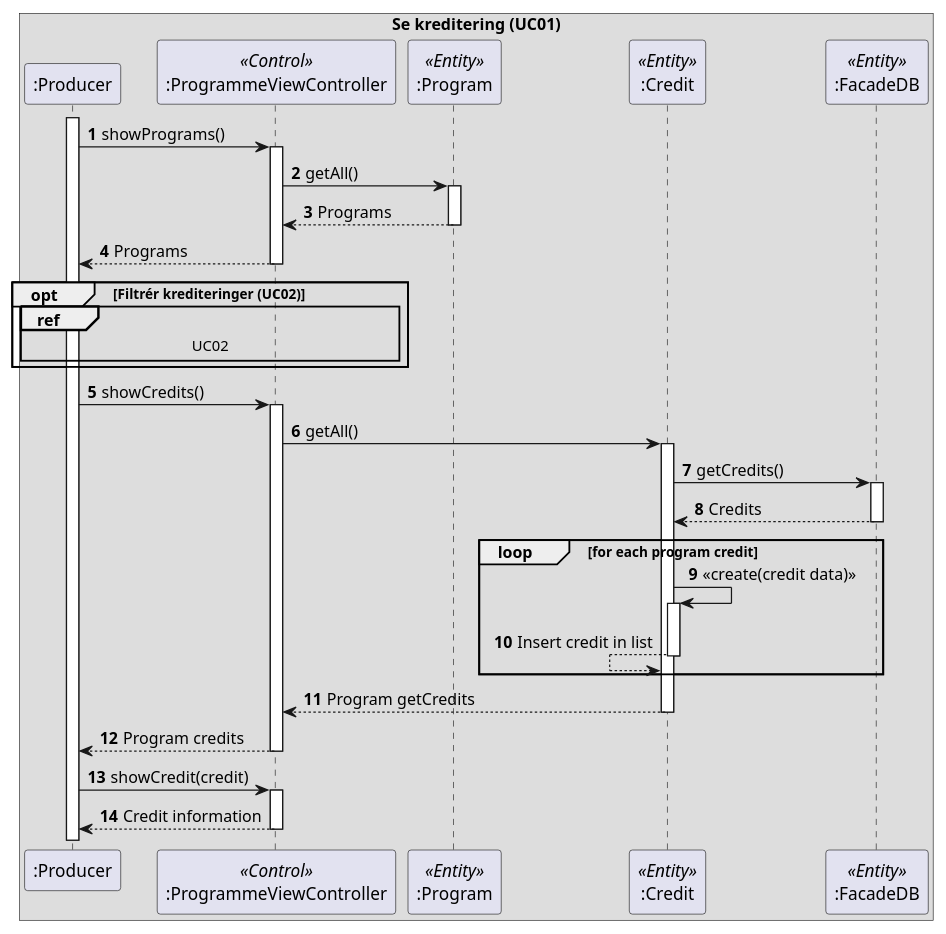
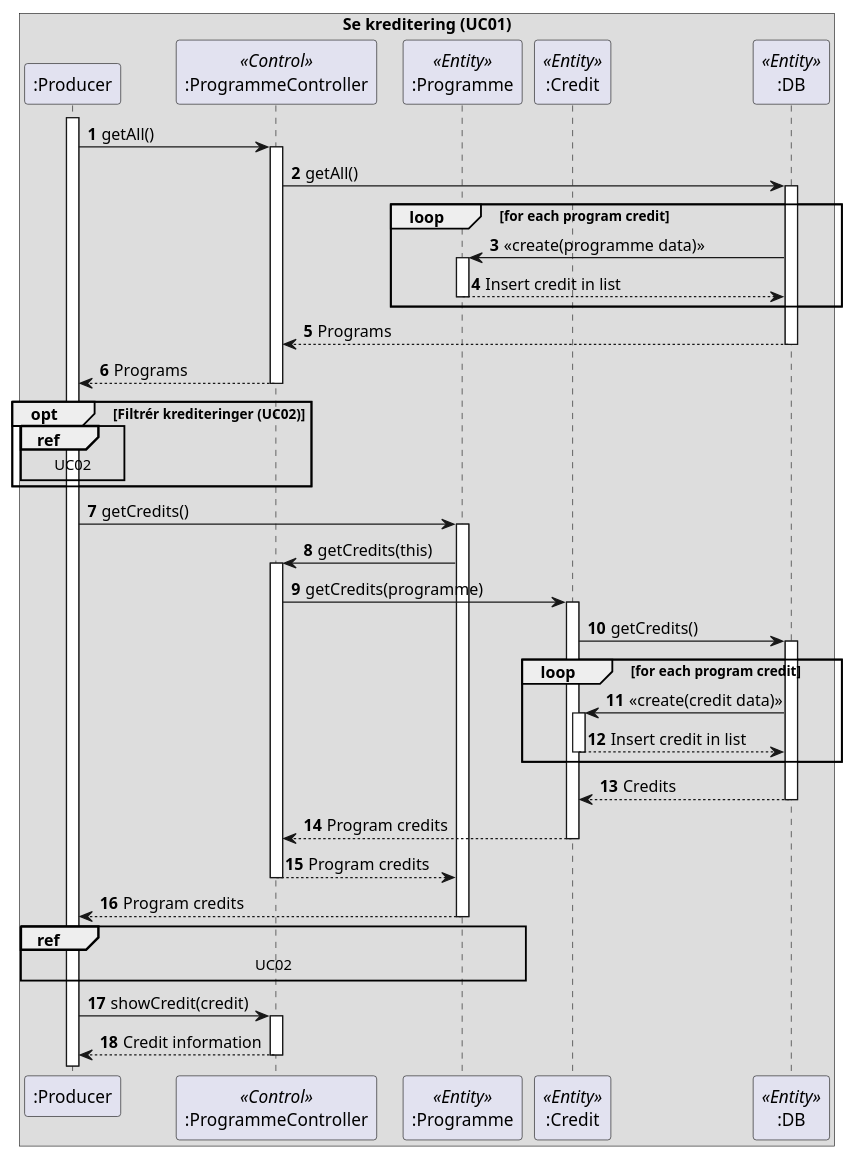
Before and after one commit to amatzen/SE02-SE-G02-SPRO: the diagram in uml/sequence_diagrams/operation/UC01_show_credit.puml, drawn with PlantUML. The commit also changed 6 other files, not shown here.

Commit message:
Make database filter credits for programme

```diff
--- a/uml/sequence_diagrams/operation/UC01_show_credit.puml
+++ b/uml/sequence_diagrams/operation/UC01_show_credit.puml
@@ -1,56 +1,73 @@
 @startuml
 'https://plantuml.com/sequence-diagram
 
 autonumber
 
 box Se kreditering (UC01)
     participant ":Producer" as producer
-    participant ":ProgrammeViewController" as programController <<Control>>
-    participant ":Program" as program <<Entity>>
+    participant ":ProgrammeController" as programController <<Control>>
+    participant ":Programme" as program <<Entity>>
     participant ":Credit" as credit <<Entity>>
-    participant ":FacadeDB" as db <<Entity>>
+    participant ":DB" as db <<Entity>>
 end box
 
 activate producer
-producer -> programController : showPrograms()
+producer -> programController : getAll()
 activate programController
-programController -> program : getAll()
+programController -> db : getAll()
+activate db
+
+loop for each program credit
+db -> program : <<create(programme data)>>
 activate program
-programController <-- program : Programs
+db <-- program : Insert credit in list
 deactivate program
+end
+
+programController <-- db : Programs
+deactivate db
 producer <-- programController : Programs
 deactivate programController
 
 opt Filtrér krediteringer (UC02)
-    ref over producer, programController : UC02
+    ref over producer : UC02
 end
 
-producer -> programController : showCredits()
+producer -> program: getCredits()
+activate program
+program -> programController : getCredits(this)
 activate programController
-programController -> credit : getAll()
+programController -> credit : getCredits(programme)
 activate credit
 
 credit -> db : getCredits()
 activate db
+
+loop for each program credit
+db -> credit : <<create(credit data)>>
+activate credit
+db <-- credit : Insert credit in list
+deactivate credit
+end
+
 credit <-- db : Credits
 deactivate db
 
-loop for each program credit
-credit -> credit : <<create(credit data)>>
-activate credit
-credit <-- credit : Insert credit in list
+programController <-- credit : Program credits
 deactivate credit
-end
+program <-- programController : Program credits
+deactivate programController
+producer <-- program : Program credits
 
-programController <-- credit : Program getCredits
-deactivate credit
-producer <-- programController : Program credits
+deactivate program
 deactivate programController
+
+ref over producer, program : UC02
 
 producer -> programController : showCredit(credit)
 activate programController
 
 producer <-- programController : Credit information
 deactivate programController
 
 @enduml
```
